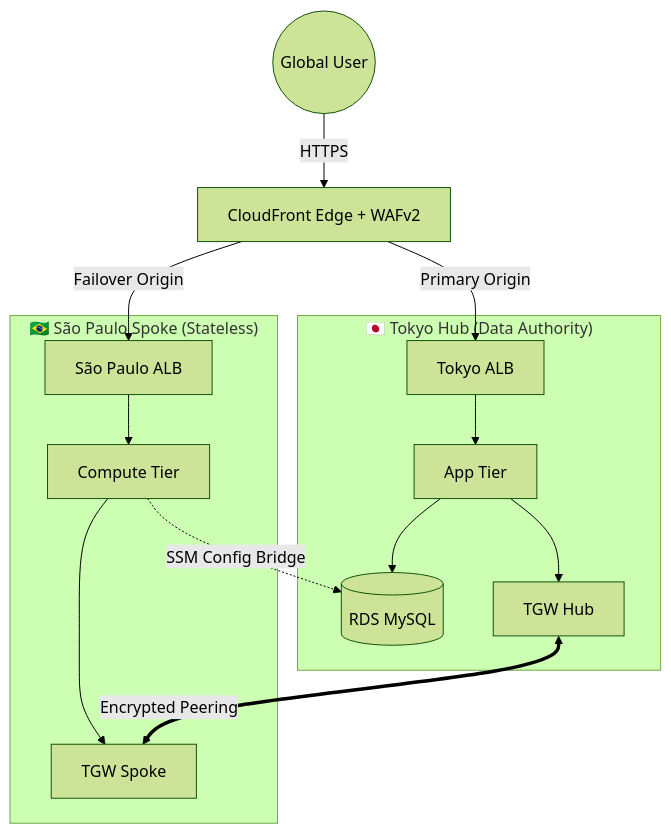
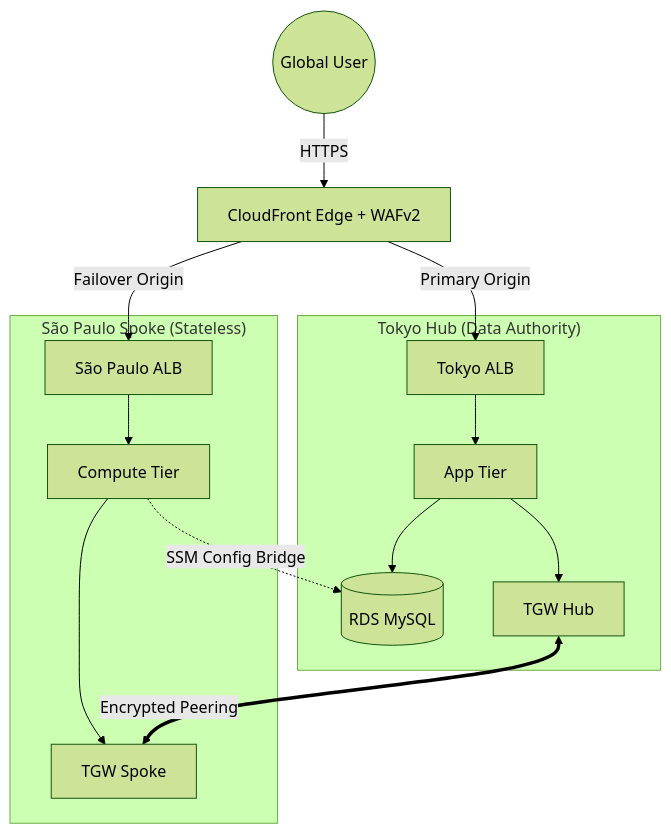
The diagram in COMPLETED/Mahamed-Bashir-Armageddon/README.md (Melanated-Cyber-Kings/Project-ARMAGEDDON), drawn with Mermaid (forest theme) before and after one commit. The commit also changed other lines of this file and 1 other file, not shown here.

````diff
--- a/COMPLETED/Mahamed-Bashir-Armageddon/README.md
+++ b/COMPLETED/Mahamed-Bashir-Armageddon/README.md
@@ -21,21 +18,21 @@
 ```mermaid
 graph TD
     User((Global User)) -->|HTTPS| CF[CloudFront Edge + WAFv2]
     
     CF -->|Primary Origin| ALBT[Tokyo ALB]
     CF -->|Failover Origin| ALBS[São Paulo ALB]
     
-    subgraph "🇯🇵 Tokyo Hub (Data Authority)"
+    subgraph "Tokyo Hub (Data Authority)"
         ALBT --> EC2T[App Tier]
         EC2T --> RDST[(RDS MySQL)]
         EC2T --> TGWT[TGW Hub]
     end
     
-    subgraph "🇧🇷 São Paulo Spoke (Stateless)"
+    subgraph "São Paulo Spoke (Stateless)"
         ALBS --> EC2S[Compute Tier]
         EC2S -.->|SSM Config Bridge| RDST
         EC2S --> TGWS[TGW Spoke]
     end
     
     TGWT <==>|Encrypted Peering| TGWS
 ```
````
